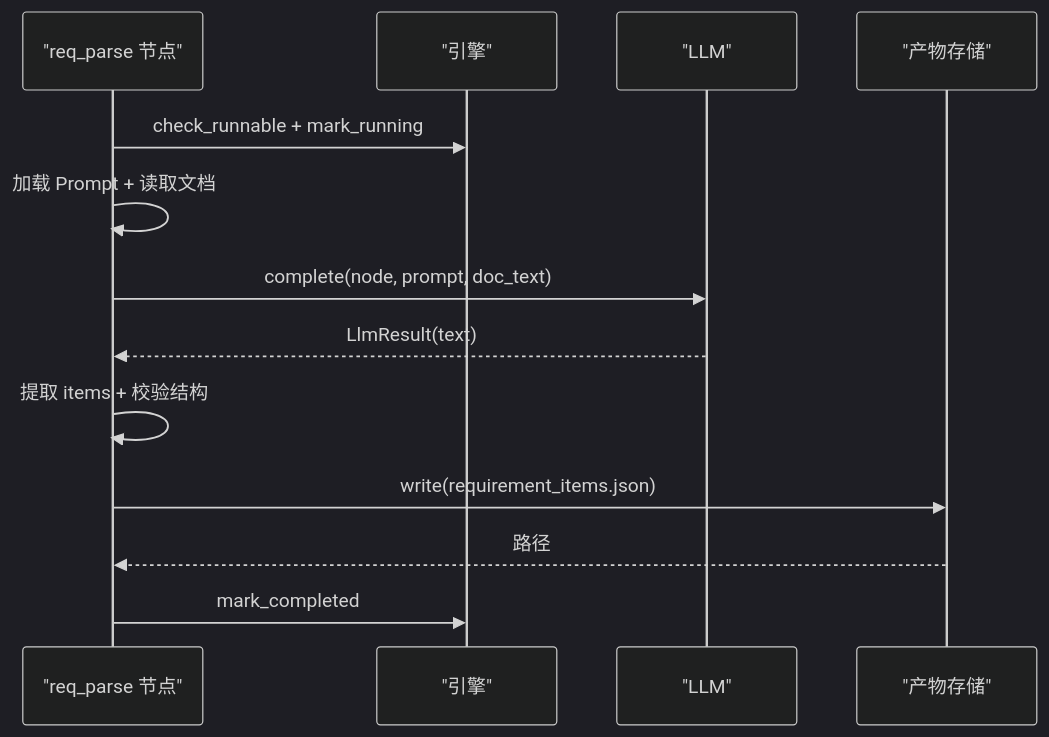
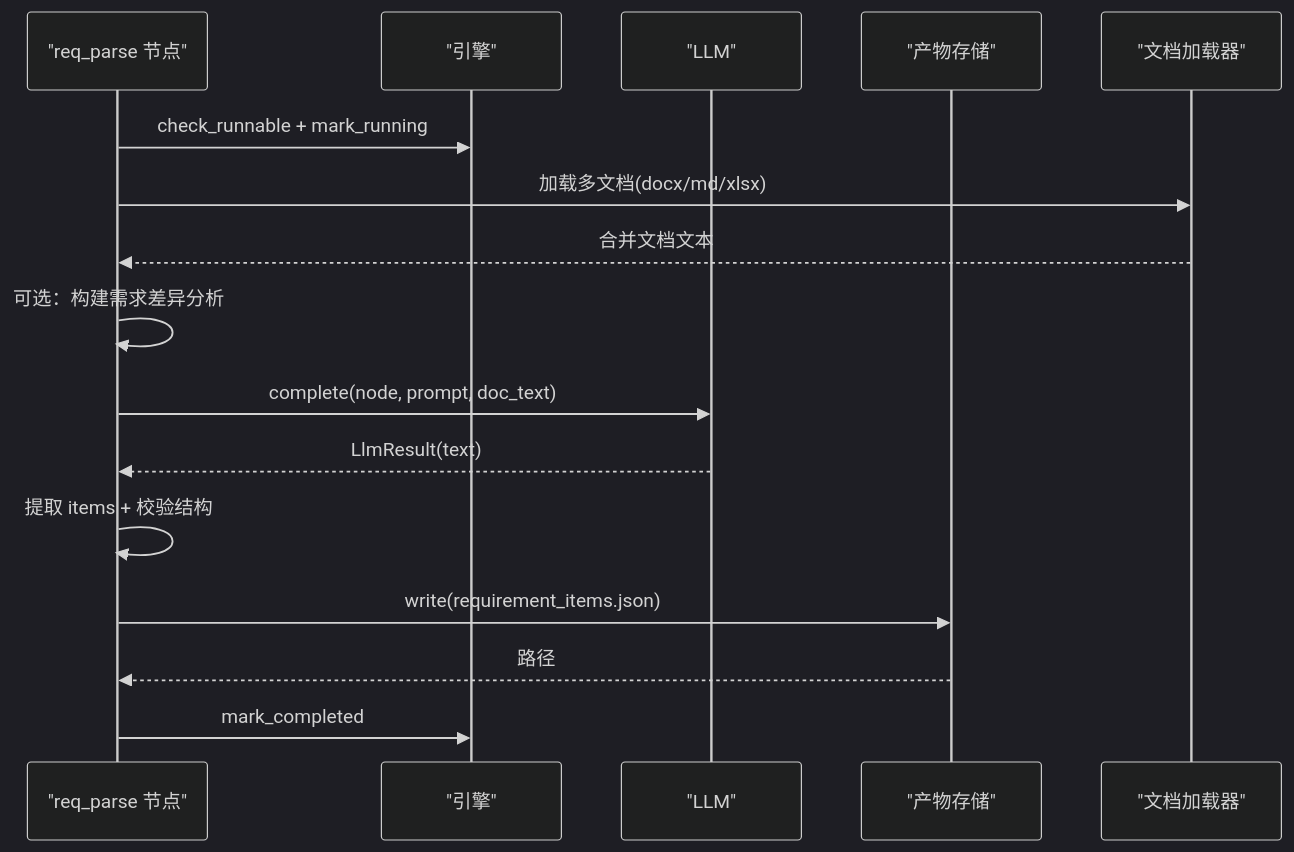
One commit to Joeyzheng001/LLM-AutoTest changed the fifth of 11 diagrams in .qoder/repowiki/zh/content/项目概述/核心功能特性/核心功能特性.md. Above: the diagram before and after it, drawn with Mermaid (dark theme). The commit also changed other lines of this file and 94 other files, not shown here.

````diff
--- a/.qoder/repowiki/zh/content/项目概述/核心功能特性/核心功能特性.md
+++ b/.qoder/repowiki/zh/content/项目概述/核心功能特性/核心功能特性.md
@@ -181,15 +218,18 @@
 ```mermaid
 sequenceDiagram
 participant N as "req_parse 节点"
 participant E as "引擎"
 participant L as "LLM"
 participant S as "产物存储"
+participant DL as "文档加载器"
 N->>E : check_runnable + mark_running
-N->>N : 加载 Prompt + 读取文档
+N->>DL : 加载多文档(docx/md/xlsx)
+DL-->>N : 合并文档文本
+N->>N : 可选：构建需求差异分析
 N->>L : complete(node, prompt, doc_text)
 L-->>N : LlmResult(text)
 N->>N : 提取 items + 校验结构
 N->>S : write(requirement_items.json)
 S-->>N : 路径
 N->>E : mark_completed
 ```
````
